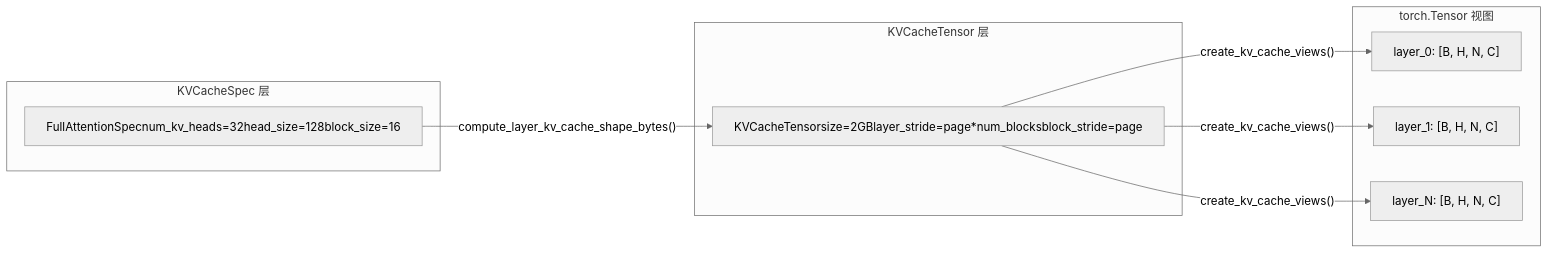
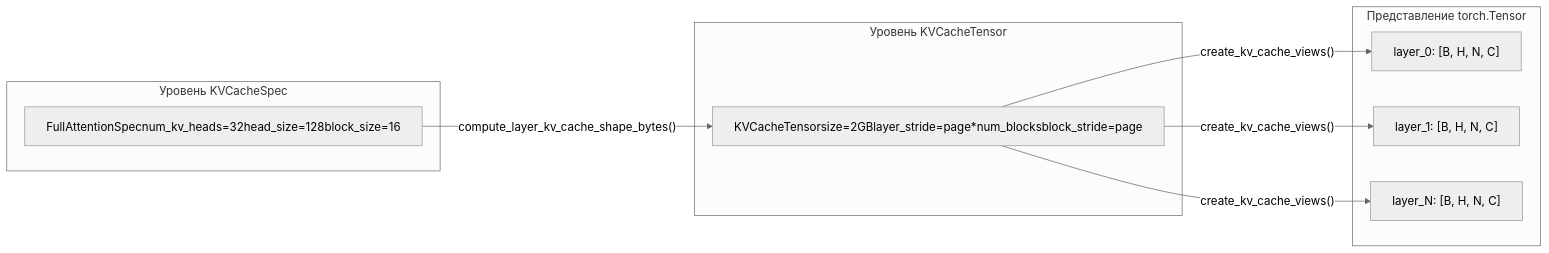
One commit to maleRjc/AiReadCodeBooks changed the diagram in books/vllm/ru/02-core-abstractions-request-sequence-kvcache.md. Above: the diagram before and after it, drawn with Mermaid (neutral theme). The commit also changed other lines of this file and 74 other files, not shown here.

````diff
--- a/books/vllm/ru/02-core-abstractions-request-sequence-kvcache.md
+++ b/books/vllm/ru/02-core-abstractions-request-sequence-kvcache.md
@@ -36,18 +36,18 @@
 ```mermaid
 flowchart LR
-    subgraph spec["KVCacheSpec 层"]
+    subgraph spec["Уровень KVCacheSpec"]
         fas["FullAttentionSpecnum_kv_heads=32head_size=128block_size=16"]
     end
-    subgraph tensor["KVCacheTensor 层"]
+    subgraph tensor["Уровень KVCacheTensor"]
         kt["KVCacheTensorsize=2GBlayer_stride=page*num_blocksblock_stride=page"]
     end
-    subgraph view["torch.Tensor 视图"]
+    subgraph view["Представление torch.Tensor"]
         v1["layer_0: [B, H, N, C]"]
         v2["layer_1: [B, H, N, C]"]
         v3["layer_N: [B, H, N, C]"]
     end
     fas -->|"compute_layer_kv_cache_shape_bytes()"| kt
     kt -->|"create_kv_cache_views()"| v1
     kt -->|"create_kv_cache_views()"| v2
     kt -->|"create_kv_cache_views()"| v3
 ```
````
